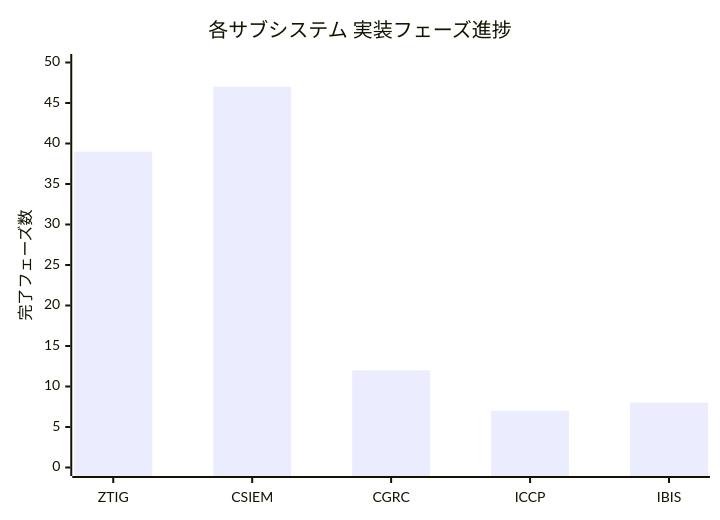
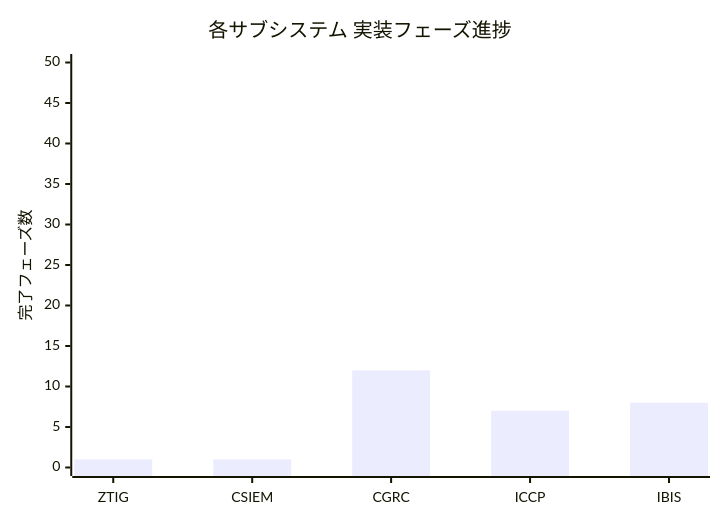
Before and after one commit to Kensan196948G/Construction-DX-One-System: the fifth of 10 diagrams in README.md, drawn with Mermaid. The commit also changed other lines of this file, not shown here.

````diff
--- a/README.md
+++ b/README.md
@@ -340,7 +339,7 @@
 ```mermaid
 xychart-beta
     title "各サブシステム 実装フェーズ進捗"
     x-axis ["ZTIG", "CSIEM", "CGRC", "ICCP", "IBIS"]
     y-axis "完了フェーズ数" 0 --> 50
-    bar [39, 47, 12, 7, 8]
+    bar [1, 1, 12, 7, 8]
 ```
````
